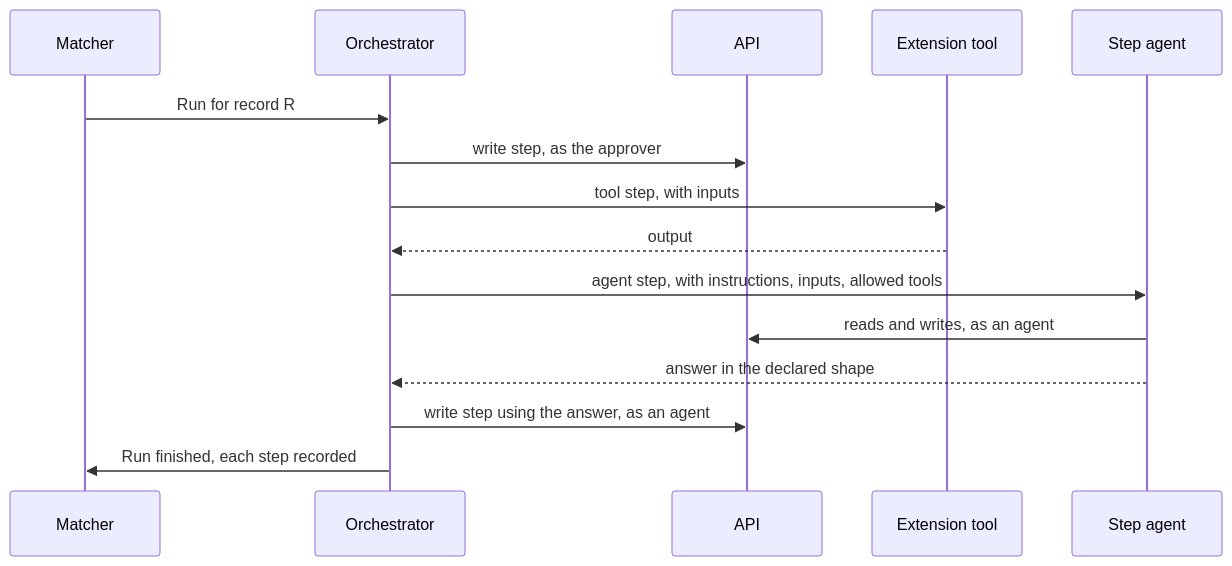
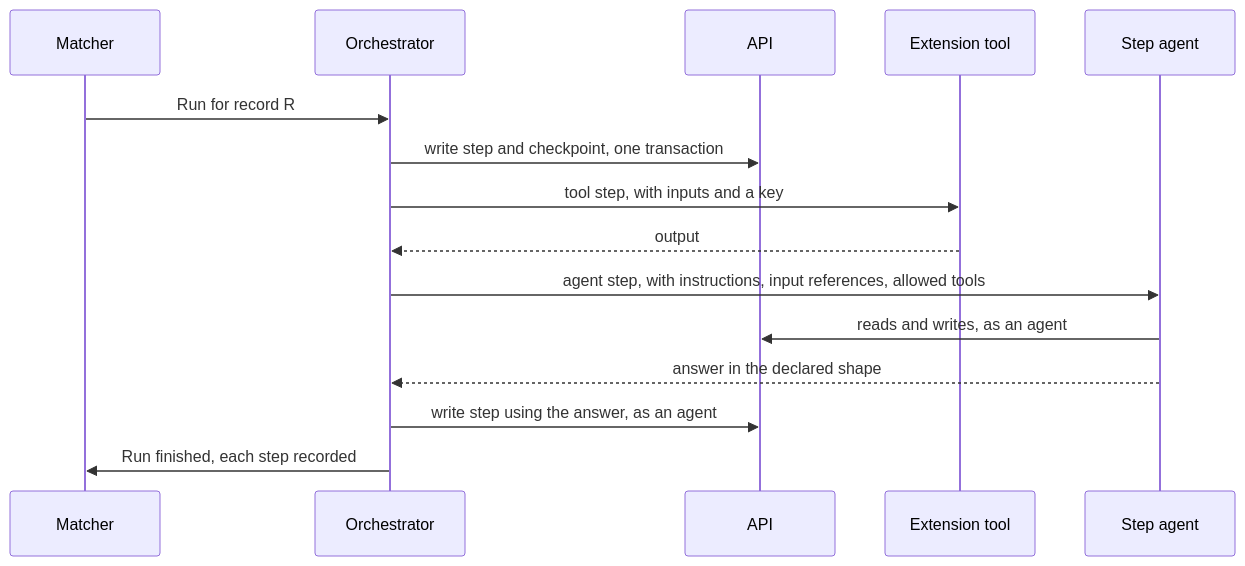
The fourth of 5 diagrams in docs/specs/routines.md (Tamloot-cc/Retainer), drawn with Mermaid before and after one commit. The commit also changed other lines of this file, not shown here.

````diff
--- a/docs/specs/routines.md
+++ b/docs/specs/routines.md
@@ -417,17 +595,17 @@
 ```mermaid
 sequenceDiagram
   participant M as Matcher
   participant O as Orchestrator
   participant A as API
   participant T as Extension tool
   participant G as Step agent
   M->>O: Run for record R
-  O->>A: write step, as the approver
-  O->>T: tool step, with inputs
+  O->>A: write step and checkpoint, one transaction
+  O->>T: tool step, with inputs and a key
   T-->>O: output
-  O->>G: agent step, with instructions, inputs, allowed tools
+  O->>G: agent step, with instructions, input references, allowed tools
   G->>A: reads and writes, as an agent
   G-->>O: answer in the declared shape
   O->>A: write step using the answer, as an agent
   O->>M: Run finished, each step recorded
 ```
````
